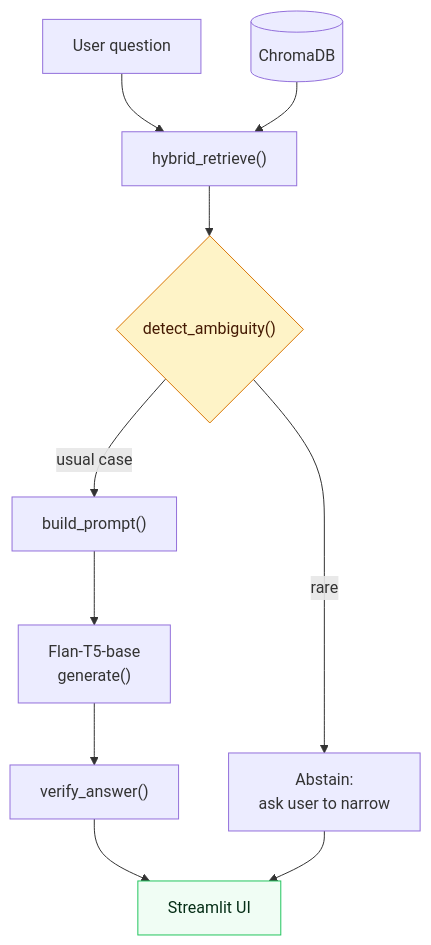
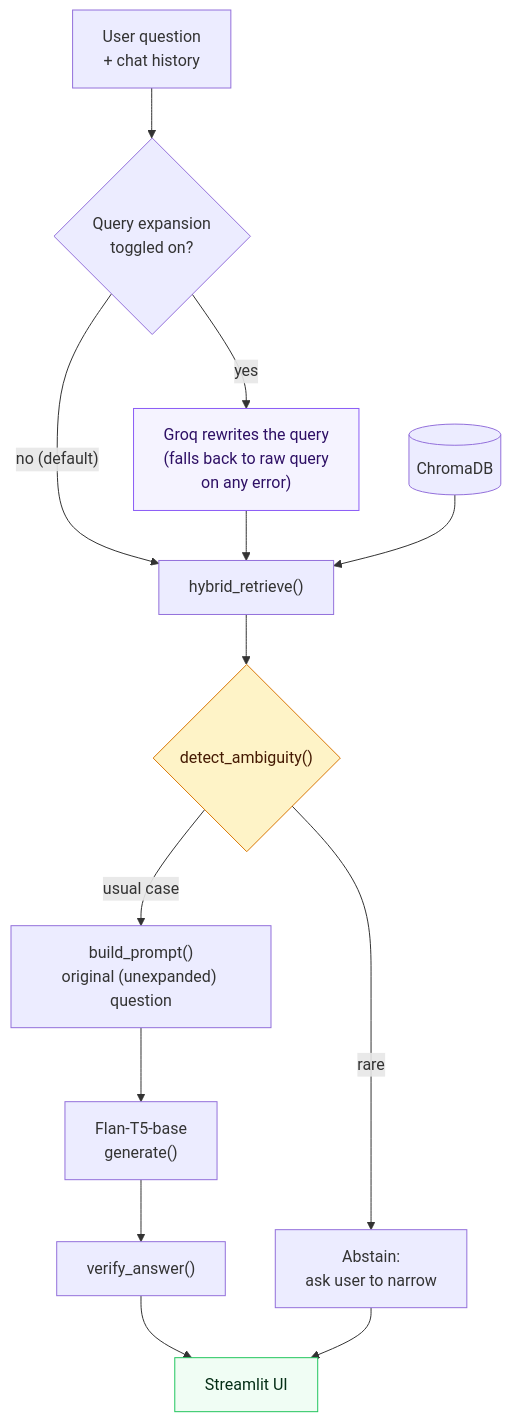
The second of 2 diagrams in docs/Project-Explainer.md (Mahakisore7/MatSci-RAG), drawn with Mermaid before and after one commit. The commit also changed other lines of this file, not shown here.

````diff
--- a/docs/Project-Explainer.md
+++ b/docs/Project-Explainer.md
@@ -221,15 +268,19 @@
 ```mermaid
 flowchart TB
-    Q["User question"] --> H["hybrid_retrieve()"]
+    Q["User question<br/>+ chat history"] --> EXP{"Query expansion<br/>toggled on?"}
+    EXP -->|"yes"| GROQ["Groq rewrites the query<br/>(falls back to raw query<br/>on any error)"]
+    EXP -->|"no (default)"| H
+    GROQ --> H["hybrid_retrieve()"]
     CHROMA2[("ChromaDB")] --> H
     H --> AMB{"detect_ambiguity()"}
     AMB -->|"rare"| ABST["Abstain:<br/>ask user to narrow"]
-    AMB -->|"usual case"| PROMPT["build_prompt()"]
+    AMB -->|"usual case"| PROMPT["build_prompt()<br/>original (unexpanded) question"]
     PROMPT --> GEN["Flan-T5-base<br/>generate()"]
     GEN --> VER["verify_answer()"]
     VER --> UI["Streamlit UI"]
     ABST --> UI
 
     style AMB fill:#fef3c7,stroke:#d97706,color:#451a03
     style UI fill:#f0fdf4,stroke:#22c55e,color:#052e16
+    style GROQ fill:#f5f3ff,stroke:#8b5cf6,color:#2e1065
 ```
````
